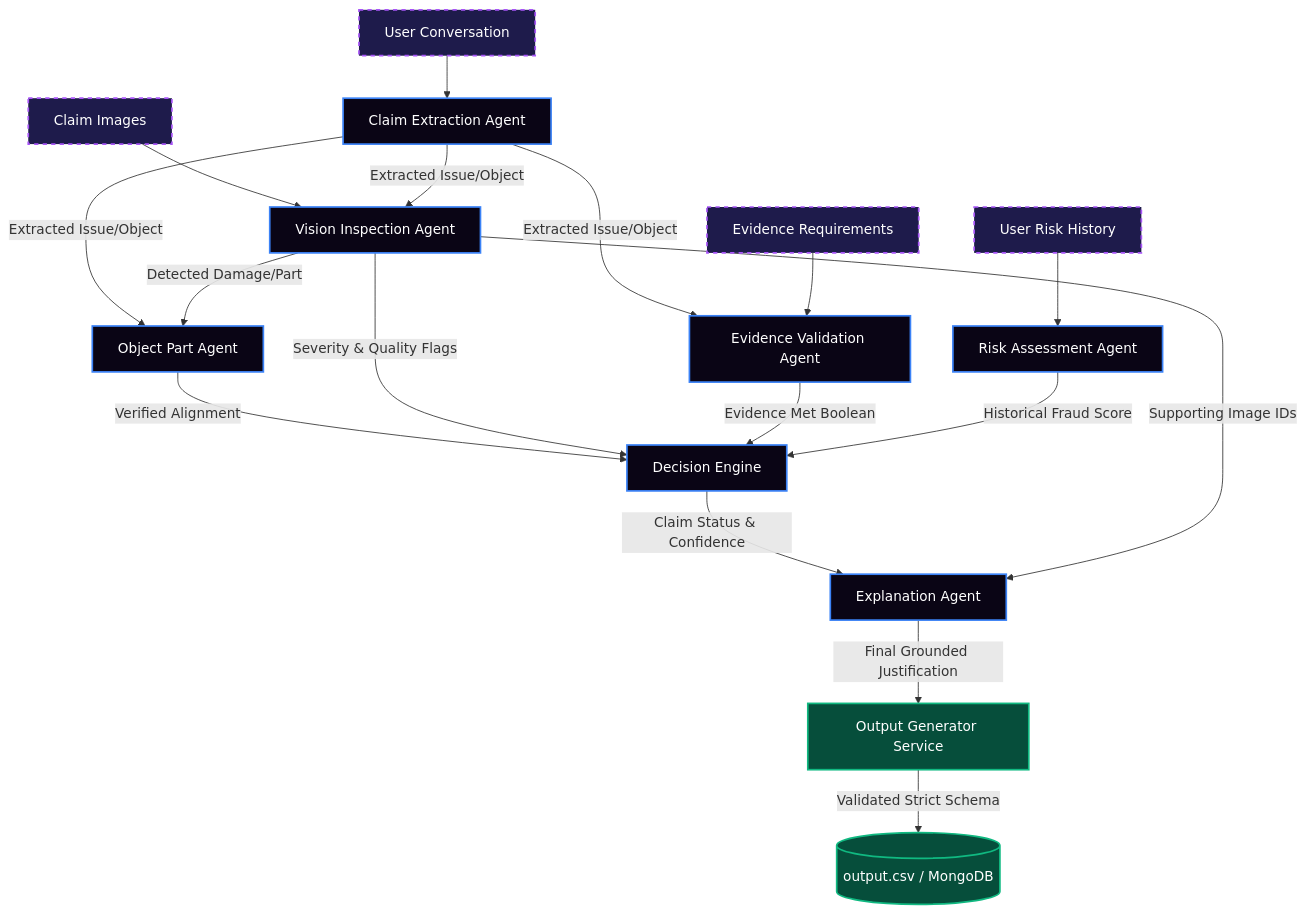
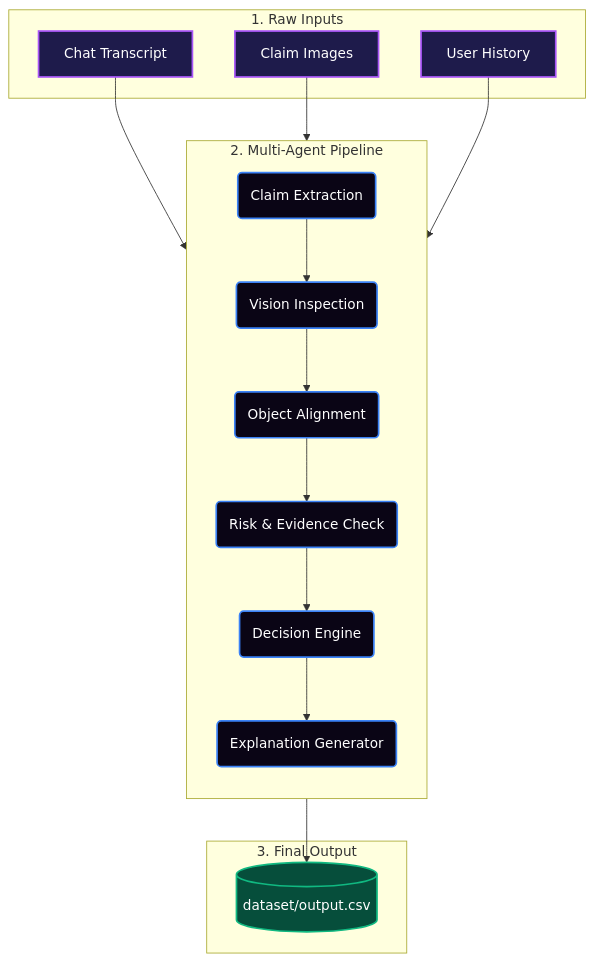
Before and after one commit to mahammadaftab/VeriSight_Nexus: the diagram in README.md, drawn with Mermaid. The commit also changed 2 other files, not shown here.

Commit message:
Final Commit

````diff
--- a/README.md
+++ b/README.md
@@ -20,49 +20,30 @@
 ```mermaid
 graph TD
-    %% Styling
+    classDef input fill:#1e1b4b,stroke:#a855f7,stroke-width:2px,color:#fff
     classDef agent fill:#0a0515,stroke:#3b82f6,stroke-width:2px,color:#fff
-    classDef data fill:#1e1b4b,stroke:#a855f7,stroke-width:2px,color:#fff,stroke-dasharray: 5 5
     classDef output fill:#064e3b,stroke:#10b981,stroke-width:2px,color:#fff
-    
-    %% Inputs
-    IN_TXT[User Conversation]:::data
-    IN_IMG[Claim Images]:::data
-    IN_HIST[User Risk History]:::data
-    IN_EVID[Evidence Requirements]:::data
 
-    %% Agents
-    A_EXT[Claim Extraction Agent]:::agent
-    A_VIS[Vision Inspection Agent]:::agent
-    A_OBJ[Object Part Agent]:::agent
-    A_RSK[Risk Assessment Agent]:::agent
-    A_VAL[Evidence Validation Agent]:::agent
-    A_DEC[Decision Engine]:::agent
-    A_EXP[Explanation Agent]:::agent
-    
-    %% Output Services
-    SRV_OUT[Output Generator Service]:::output
-    DB_CSV[(output.csv / MongoDB)]:::output
+    subgraph "1. Raw Inputs"
+        I1[Claim Images]:::input
+        I2[Chat Transcript]:::input
+        I3[User History]:::input
+    end
 
-    %% Flow
-    IN_TXT --> A_EXT
-    IN_IMG --> A_VIS
-    
-    A_EXT -- "Extracted Issue/Object" --> A_VIS
-    A_EXT -- "Extracted Issue/Object" --> A_VAL
-    A_EXT -- "Extracted Issue/Object" --> A_OBJ
-    
-    A_VIS -- "Detected Damage/Part" --> A_OBJ
-    IN_EVID --> A_VAL
-    IN_HIST --> A_RSK
+    subgraph "2. Multi-Agent Pipeline"
+        direction TB
+        A1(Claim Extraction):::agent --> A2(Vision Inspection):::agent
+        A2 --> A3(Object Alignment):::agent
+        A3 --> A4(Risk & Evidence Check):::agent
+        A4 --> A5(Decision Engine):::agent
+        A5 --> A6(Explanation Generator):::agent
+    end
 
-    A_OBJ -- "Verified Alignment" --> A_DEC
-    A_VIS -- "Severity & Quality Flags" --> A_DEC
-    A_VAL -- "Evidence Met Boolean" --> A_DEC
-    A_RSK -- "Historical Fraud Score" --> A_DEC
+    subgraph "3. Final Output"
+        O1[(dataset/output.csv)]:::output
+    end
 
-    A_DEC -- "Claim Status & Confidence" --> A_EXP
-    A_VIS -- "Supporting Image IDs" --> A_EXP
-    
-    A_EXP -- "Final Grounded Justification" --> SRV_OUT
-    SRV_OUT -- "Validated Strict Schema" --> DB_CSV
+    I2 --> A1
+    I1 --> A2
+    I3 --> A4
+    A6 --> O1
 ```
````
